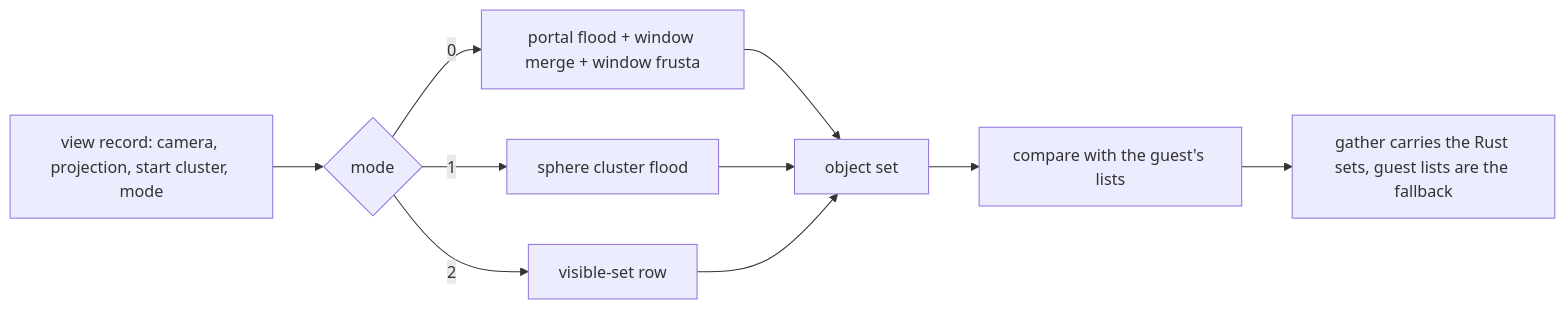
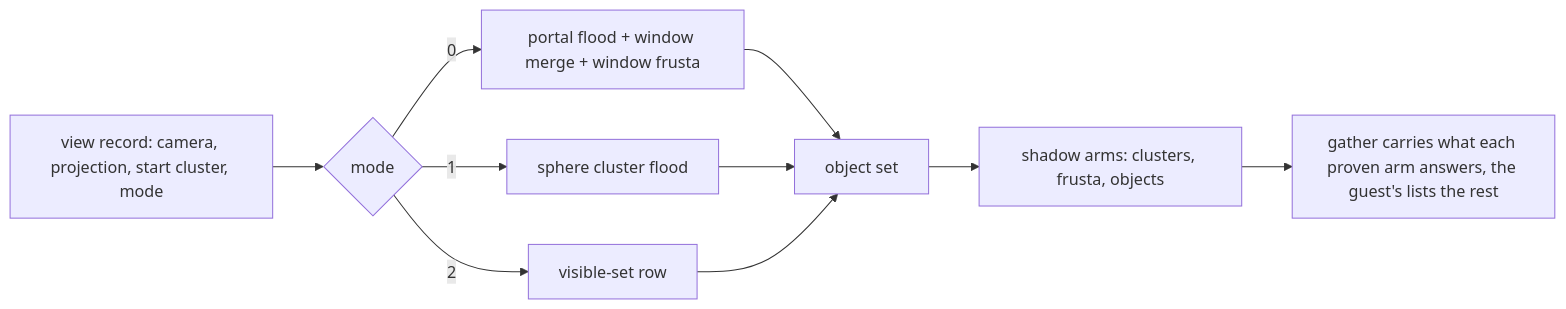
The diagram in docs/graphics/native-visibility.md (0xdeafcafe/h2r), drawn with Mermaid before and after one commit. The commit also changed other lines of this file and 10 other files, not shown here.

Commit message:
R4: the main view's cluster set, window frusta and object set run as shadow arms: 1 frame in 64 compared with the guest's, each answers after 16 clean samples and falls back to the guest on any difference; impl.render.native.visibility=off never answers

````diff
--- a/docs/graphics/native-visibility.md
+++ b/docs/graphics/native-visibility.md
@@ -15,12 +15,12 @@
 ```mermaid
 flowchart LR
   V[view record: camera, projection, start cluster, mode] --> M{mode}
   M -->|0| F[portal flood + window merge + window frusta]
   M -->|1| S[sphere cluster flood]
   M -->|2| P[visible-set row]
   F --> O[object set]
   S --> O
   P --> O
-  O --> C[compare with the guest's lists]
-  C --> G[gather carries the Rust sets, guest lists are the fallback]
+  O --> C[shadow arms: clusters, frusta, objects]
+  C --> G[gather carries what each proven arm answers, the guest's lists the rest]
 ```
````
